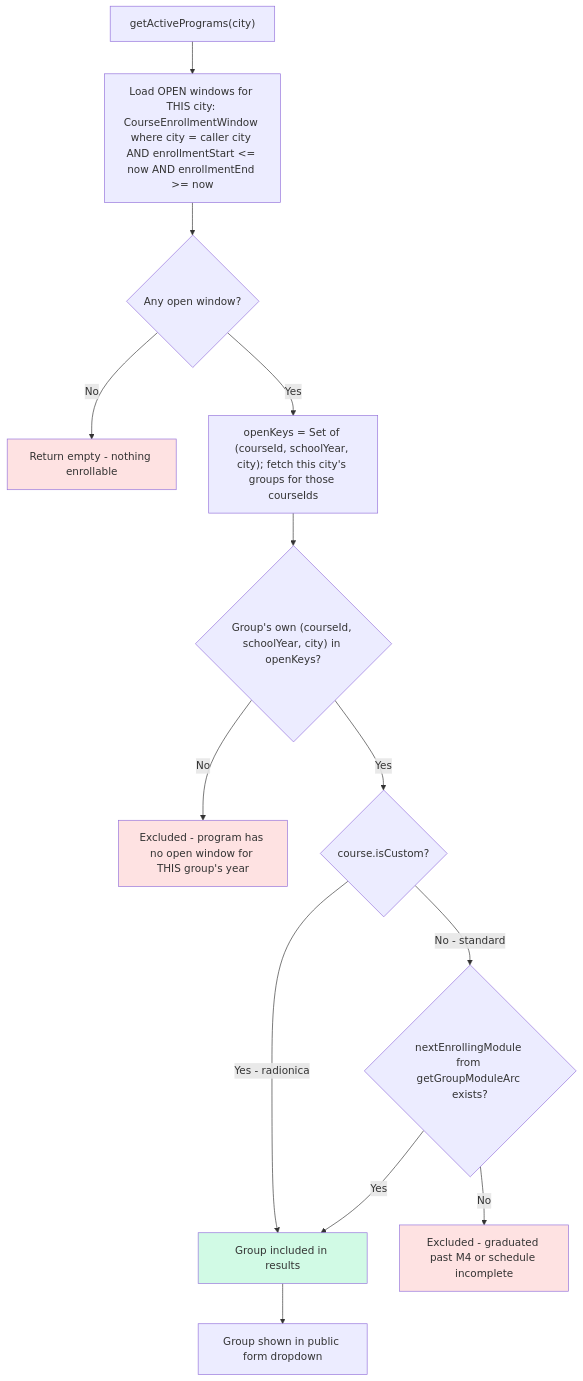
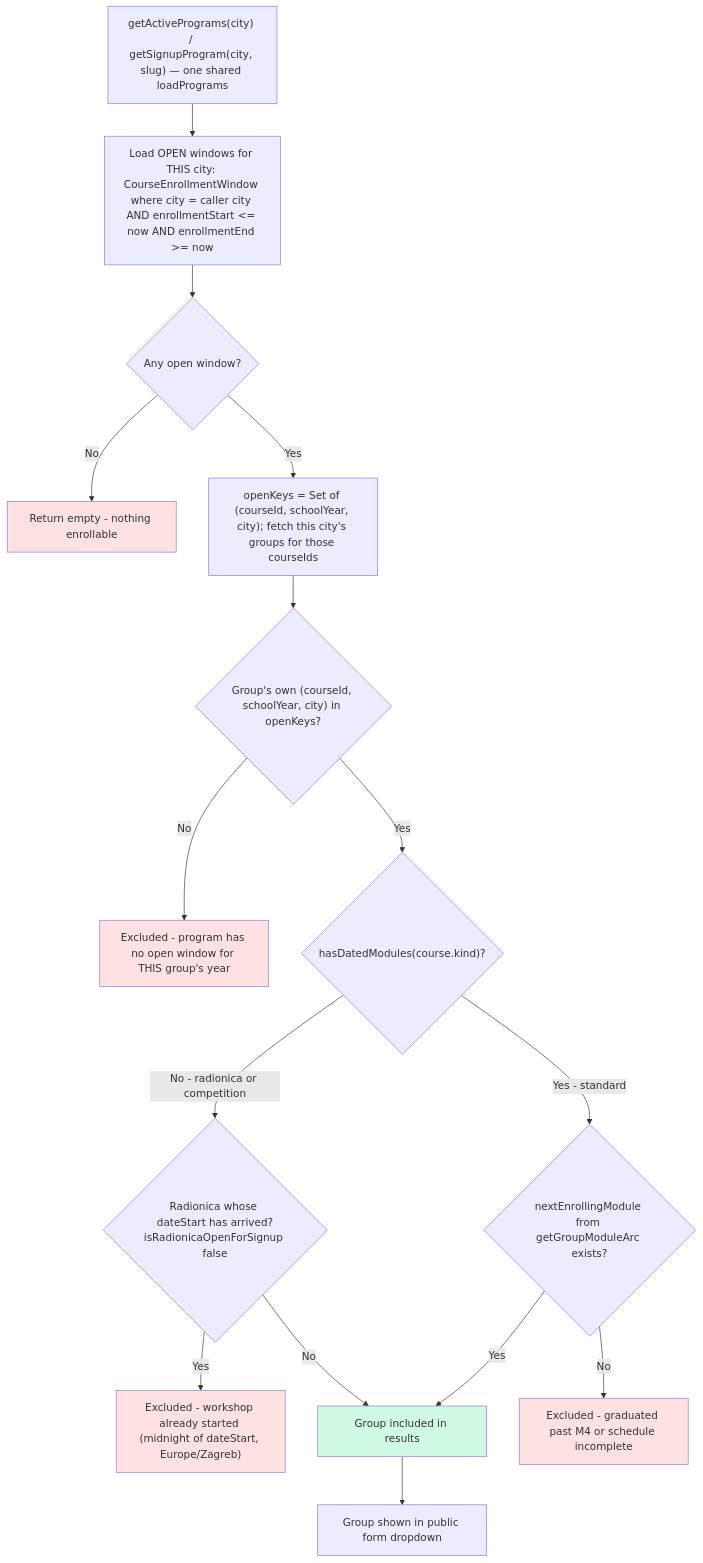
Before and after one commit to jpucic00/inovatic: diagram 12 of 15 in docs/diagrams/enrollment-rules.md, drawn with Mermaid. The commit also changed other lines of this file and 7 other files, not shown here.

````diff
--- a/docs/diagrams/enrollment-rules.md
+++ b/docs/diagrams/enrollment-rules.md
@@ -370,23 +401,27 @@
 ```mermaid
 flowchart TD
-    A["getActivePrograms(city)"] --> B["Load OPEN windows for THIS city: CourseEnrollmentWindow where city = caller city AND enrollmentStart &lt;= now AND enrollmentEnd &gt;= now"]
+    A["getActivePrograms(city) / getSignupProgram(city, slug) — one shared loadPrograms"] --> B["Load OPEN windows for THIS city: CourseEnrollmentWindow where city = caller city AND enrollmentStart &lt;= now AND enrollmentEnd &gt;= now"]
     B --> B0{Any open window?}
     B0 -->|No| EMPTY[Return empty - nothing enrollable]
     B0 -->|Yes| B1["openKeys = Set of (courseId, schoolYear, city); fetch this city's groups for those courseIds"]
     B1 --> C{"Group's own (courseId, schoolYear, city) in openKeys?"}
     C -->|No| EXCLUDE[Excluded - program has no open window for THIS group's year]
-    C -->|Yes| D{course.isCustom?}
+    C -->|Yes| D{"hasDatedModules(course.kind)?"}
 
-    D -->|Yes - radionica| INCLUDE[Group included in results]
-    D -->|No - standard| E{"nextEnrollingModule from getGroupModuleArc exists?"}
+    D -->|Yes - standard| E{"nextEnrollingModule from getGroupModuleArc exists?"}
+    D -->|No - radionica or competition| R{"Radionica whose dateStart has arrived?<br/>isRadionicaOpenForSignup false"}
+
+    R -->|Yes| EXCLUDE3["Excluded - workshop already started (midnight of dateStart, Europe/Zagreb)"]
+    R -->|No| INCLUDE[Group included in results]
 
     E -->|Yes| INCLUDE
     E -->|No| EXCLUDE2[Excluded - graduated past M4 or schedule incomplete]
 
     INCLUDE --> I[Group shown in public form dropdown]
 
     style EMPTY fill:#fee2e2
     style EXCLUDE fill:#fee2e2
     style EXCLUDE2 fill:#fee2e2
+    style EXCLUDE3 fill:#fee2e2
     style INCLUDE fill:#d1fae5
 ```
````
